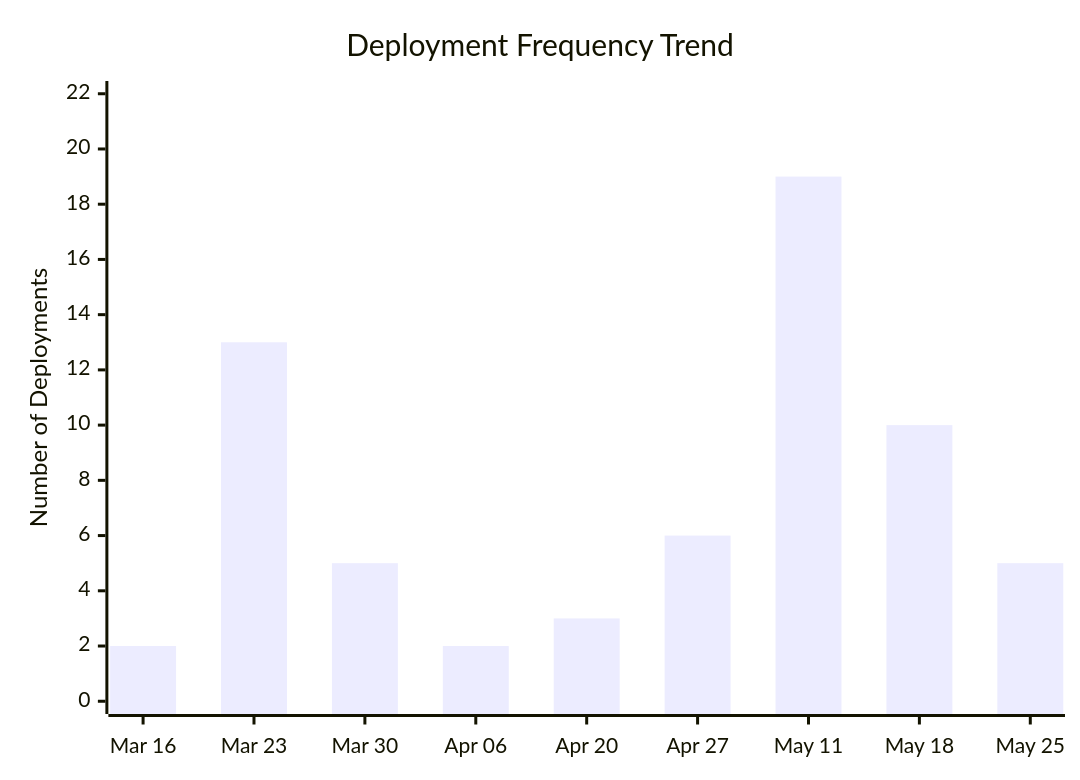
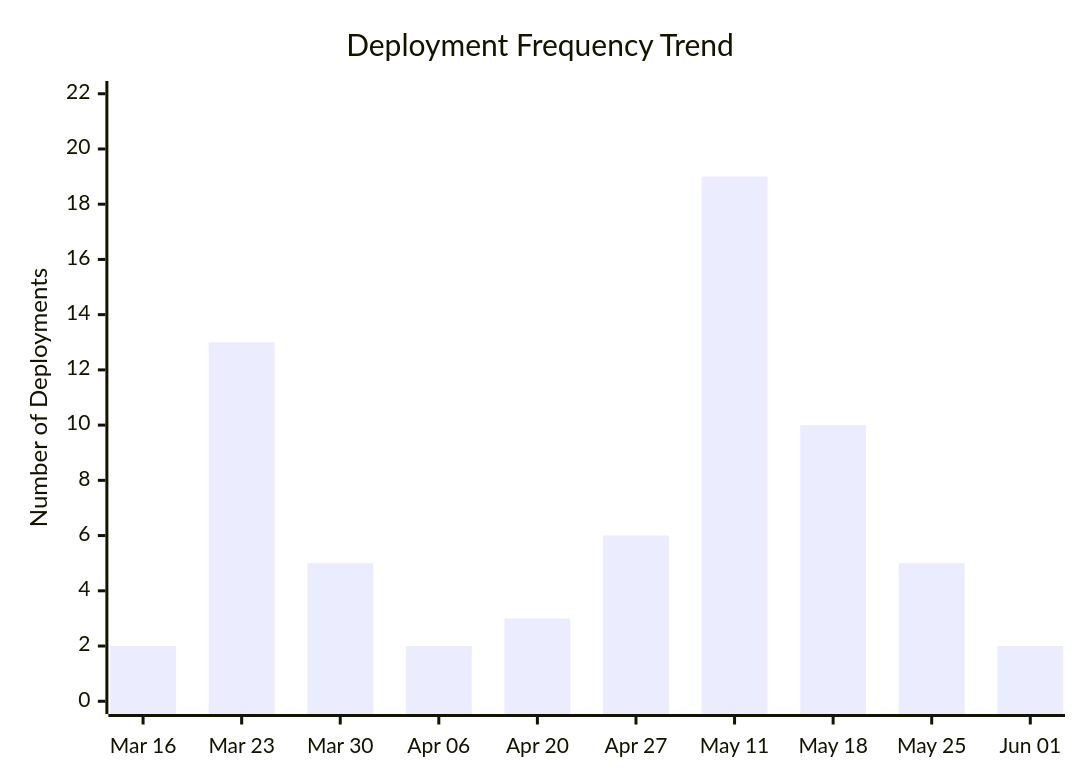
One commit to ukma-cs-ssdm-2025/rate-ukma changed the third of 4 diagrams in docs/ci-cd/dora-summary.md. Above: the diagram before and after it, drawn with Mermaid. The commit also changed other lines of this file, not shown here.

````diff
--- a/docs/ci-cd/dora-summary.md
+++ b/docs/ci-cd/dora-summary.md
@@ -51,7 +52,7 @@
 ```mermaid
 xychart-beta
     title "Deployment Frequency Trend"
-    x-axis ["Mar 16", "Mar 23", "Mar 30", "Apr 06", "Apr 20", "Apr 27", "May 11", "May 18", "May 25"]
+    x-axis ["Mar 16", "Mar 23", "Mar 30", "Apr 06", "Apr 20", "Apr 27", "May 11", "May 18", "May 25", "Jun 01"]
     y-axis "Number of Deployments" 0 --> 22
-    bar [2.00, 13.00, 5.00, 2.00, 3.00, 6.00, 19.00, 10.00, 5.00]
+    bar [2.00, 13.00, 5.00, 2.00, 3.00, 6.00, 19.00, 10.00, 5.00, 2.00]
 ```
````
